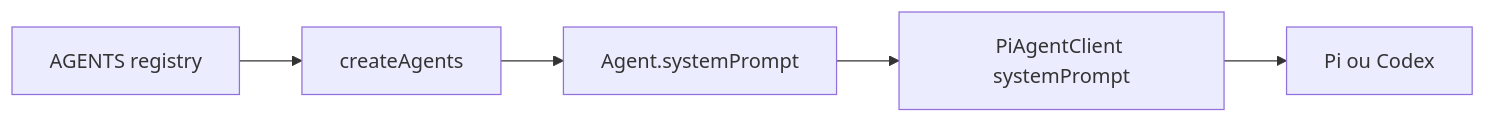
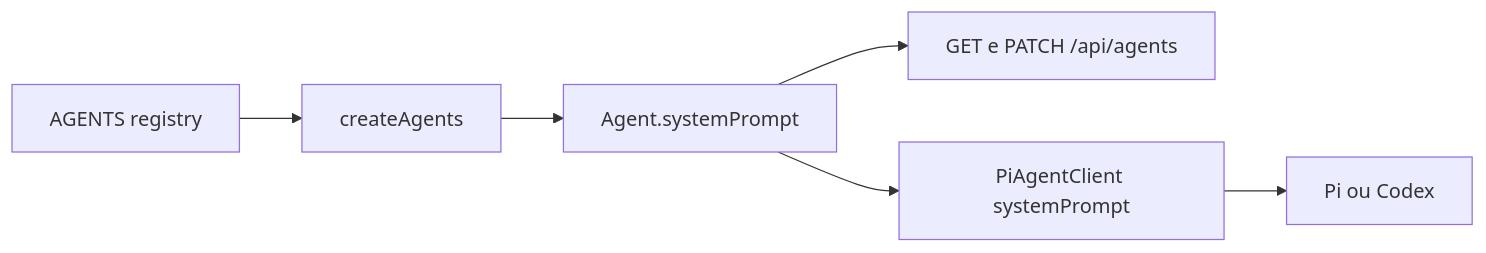
One commit to allanbatista/kanban-code-agent changed the diagram in memory/agents/README.md. Above: the diagram before and after it, drawn with Mermaid. The commit also changed other lines of this file and 5 other files, not shown here.

````diff
--- a/memory/agents/README.md
+++ b/memory/agents/README.md
@@ -19,7 +20,8 @@
 ```mermaid
 flowchart LR
   Registry[AGENTS registry] --> Factory[createAgents]
   Factory --> Runtime[Agent.systemPrompt]
+  Runtime --> API[GET e PATCH /api/agents]
   Runtime --> Prompt[PiAgentClient systemPrompt]
   Prompt --> Runner[Pi ou Codex]
 ```
````
